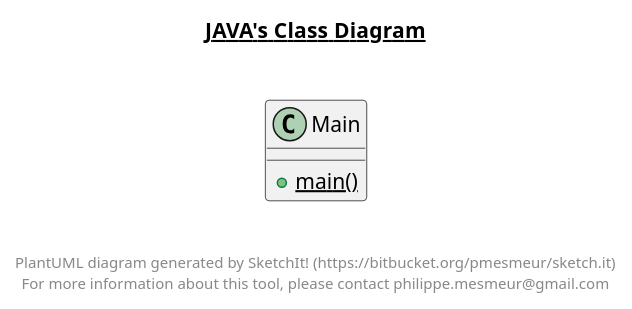
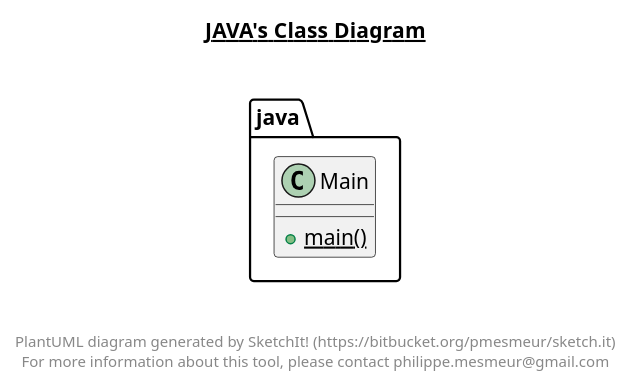
One commit to Helron1977/PolymorphFoudationModEditor changed the diagram in src/main/java/java.plantuml. Above: the diagram before and after it, drawn with PlantUML. The commit also changed 9 other files, not shown here.

```diff
--- a/src/main/java/java.plantuml
+++ b/src/main/java/java.plantuml
@@ -1,21 +1,21 @@
 @startuml
 
 title __JAVA's Class Diagram__\n
 
-
+  namespace java {
     class Main {
         {static} + main()
     }
-
+  }
   
 
 
 
 right footer
 
 
 PlantUML diagram generated by SketchIt! (https://bitbucket.org/pmesmeur/sketch.it)
 For more information about this tool, please contact philippe.mesmeur@gmail.com
 endfooter
 
 @enduml
```
